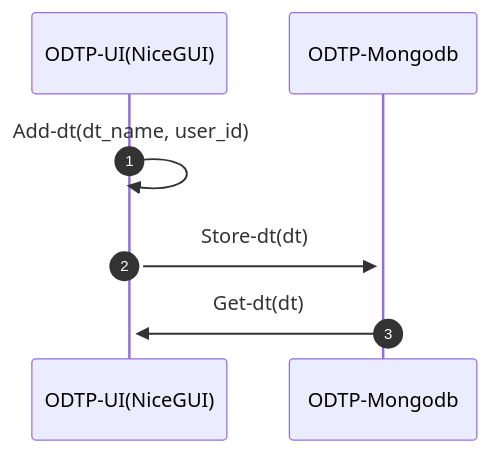
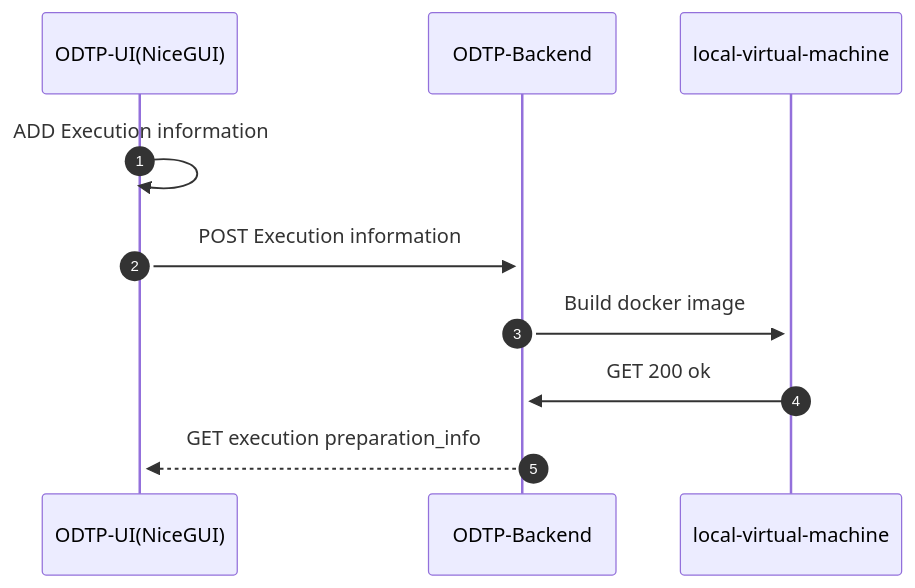
One commit to odtp-org/odtp-manuals changed the fifth of 6 diagrams in docs/odtp_diagrams.md. Above: the diagram before and after it, drawn with Mermaid. The commit also changed other lines of this file, not shown here.

Commit message:
update sequence diagram

````diff
--- a/docs/odtp_diagrams.md
+++ b/docs/odtp_diagrams.md
@@ -66,7 +70,10 @@
 ``` mermaid
 sequenceDiagram
   autonumber
-   ODTP-UI(NiceGUI)->>+ODTP-UI(NiceGUI): Add-dt(dt_name, user_id)
-   ODTP-UI(NiceGUI)->>+ODTP-Mongodb: Store-dt(dt)
-   ODTP-Mongodb->>+ODTP-UI(NiceGUI): Get-dt(dt)
+   ODTP-UI(NiceGUI)->>+ODTP-UI(NiceGUI): ADD Execution information
+   ODTP-UI(NiceGUI)->>+ODTP-Backend: POST Execution information
+   ODTP-Backend->>+local-virtual-machine: Build docker image
+   local-virtual-machine->>+ODTP-Backend: GET 200 ok
+   ODTP-Backend-->>+ODTP-UI(NiceGUI): GET execution preparation_info
+
 ```
````
